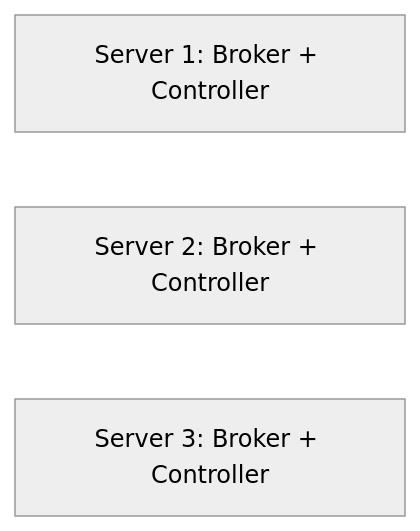
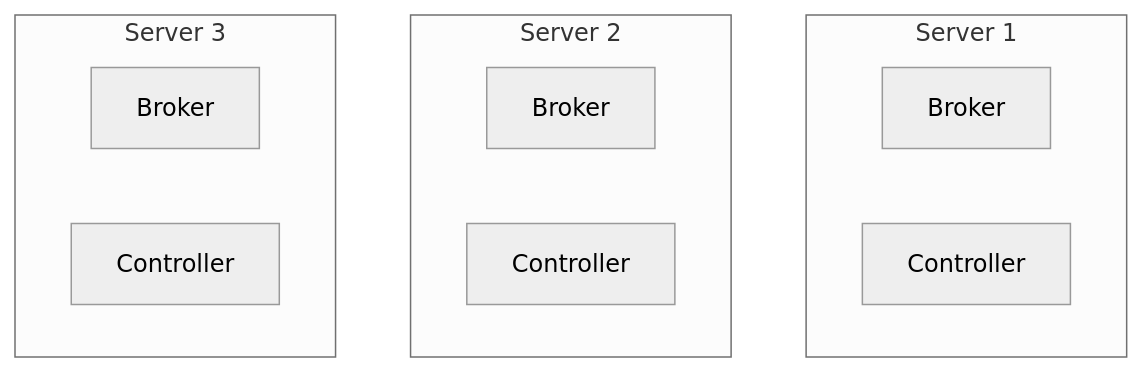
Diagram 15 of 22 in Inbox/kafka/008-KRaft_and_Cluster_Consensus.md (Siddpawar9222/Obsidian-Vault), drawn with Mermaid (neutral theme) before and after one commit. The commit also changed other lines of this file and 2 other files, not shown here.

````diff
--- a/Inbox/kafka/008-KRaft_and_Cluster_Consensus.md
+++ b/Inbox/kafka/008-KRaft_and_Cluster_Consensus.md
@@ -141,6 +552,15 @@
 ```mermaid
-graph LR
-    S1["Server 1: Broker + Controller"]
-    S2["Server 2: Broker + Controller"]
-    S3["Server 3: Broker + Controller"]
+flowchart TB
+    subgraph S1["Server 1"]
+        B1["Broker"]
+        C1["Controller"]
+    end
+    subgraph S2["Server 2"]
+        B2["Broker"]
+        C2["Controller"]
+    end
+    subgraph S3["Server 3"]
+        B3["Broker"]
+        C3["Controller"]
+    end
 ```
````
